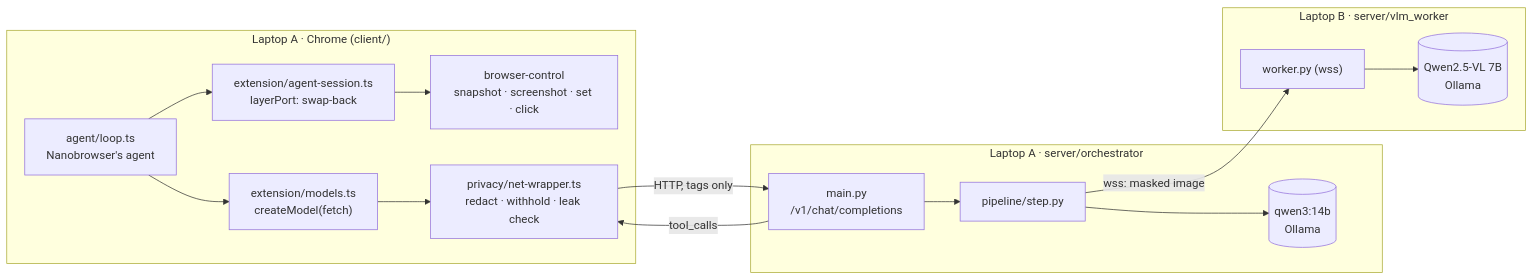
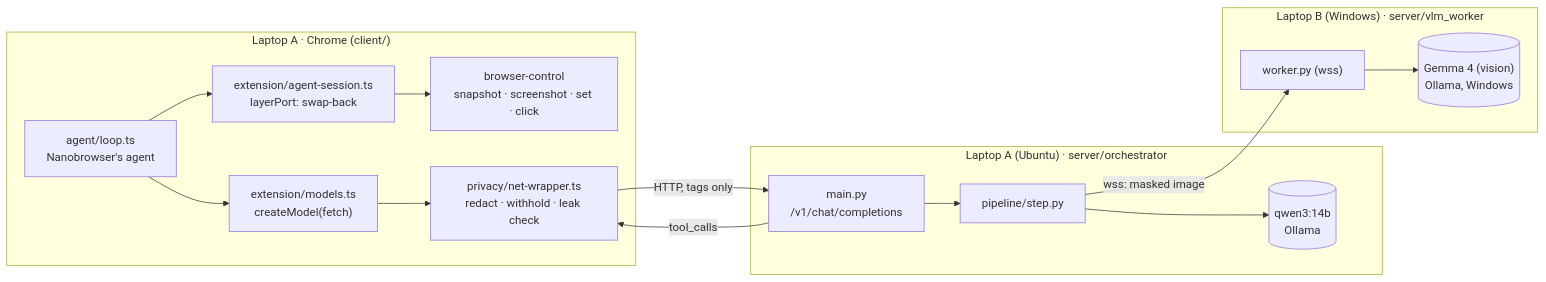
One commit to Jayant-Chaudhary/proj-BrowserAutomation changed the first of 3 diagrams in docs/dependency-graph.md. Above: the diagram before and after it, drawn with Mermaid. The commit also changed other lines of this file and 22 other files, not shown here.

First line of the commit message:
Add one-command setup for the two laptops (Windows B with Gemma 4, Ubuntu A)

````diff
--- a/docs/dependency-graph.md
+++ b/docs/dependency-graph.md
@@ -7,24 +7,24 @@
 ```mermaid
 flowchart LR
   subgraph Chrome["Laptop A · Chrome (client/)"]
     loop["agent/loop.ts<br/>Nanobrowser's agent"]
     layer["browser-control<br/>snapshot · screenshot · set · click"]
     sess["extension/agent-session.ts<br/>layerPort: swap-back"]
     models["extension/models.ts<br/>createModel(fetch)"]
     pf["privacy/net-wrapper.ts<br/>redact · withhold · leak check"]
   end
-  subgraph A["Laptop A · server/orchestrator"]
+  subgraph A["Laptop A (Ubuntu) · server/orchestrator"]
     main["main.py<br/>/v1/chat/completions"]
     step["pipeline/step.py"]
     qwen[("qwen3:14b<br/>Ollama")]
   end
-  subgraph B["Laptop B · server/vlm_worker"]
+  subgraph B["Laptop B (Windows) · server/vlm_worker"]
     worker["worker.py (wss)"]
-    vl[("Qwen2.5-VL 7B<br/>Ollama")]
+    vl[("Gemma 4 (vision)<br/>Ollama, Windows")]
   end
   loop --> sess --> layer
   loop --> models --> pf -->|"HTTP, tags only"| main
   main --> step --> qwen
   step -->|"wss: masked image"| worker --> vl
   main -->|"tool_calls"| pf
 ```
````
